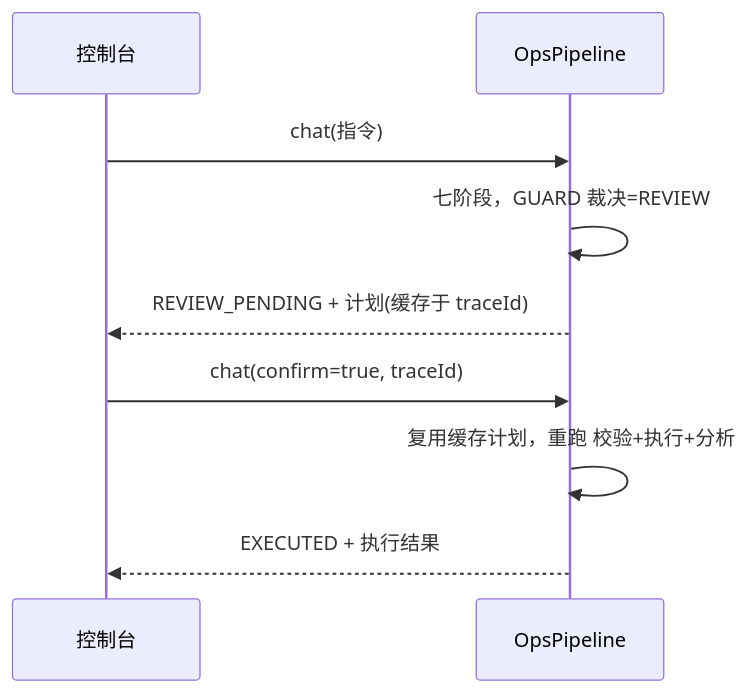
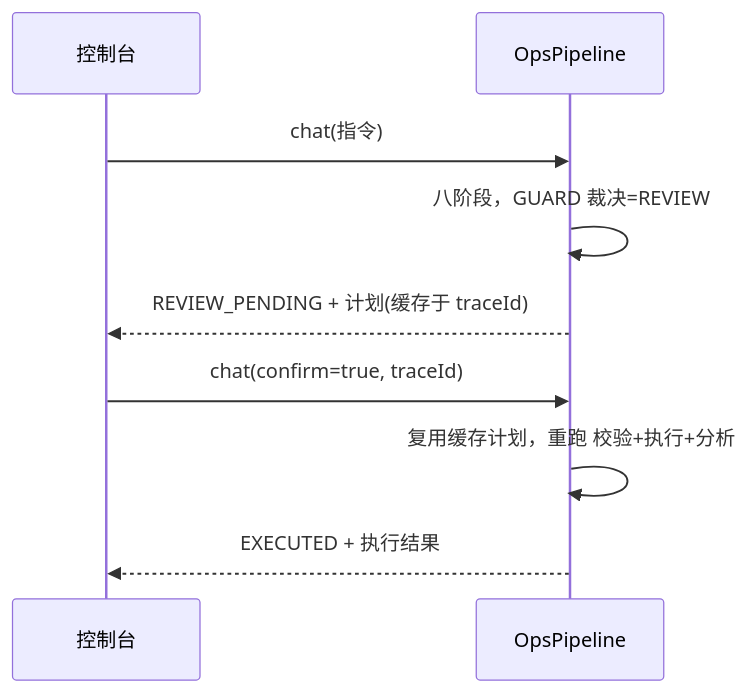
Before and after one commit to anothersunset/softbei: the second of 2 diagrams in docs/02-功能设计.md, drawn with Mermaid. The commit also changed other lines of this file and 2 other files, not shown here.

````diff
--- a/docs/02-功能设计.md
+++ b/docs/02-功能设计.md
@@ -72,11 +83,11 @@
 ```mermaid
 sequenceDiagram
     participant U as 控制台
     participant P as OpsPipeline
     U->>P: chat(指令)
-    P->>P: 七阶段，GUARD 裁决=REVIEW
+    P->>P: 八阶段，GUARD 裁决=REVIEW
     P-->>U: REVIEW_PENDING + 计划(缓存于 traceId)
     U->>P: chat(confirm=true, traceId)
     P->>P: 复用缓存计划，重跑 校验+执行+分析
     P-->>U: EXECUTED + 执行结果
 ```
````
